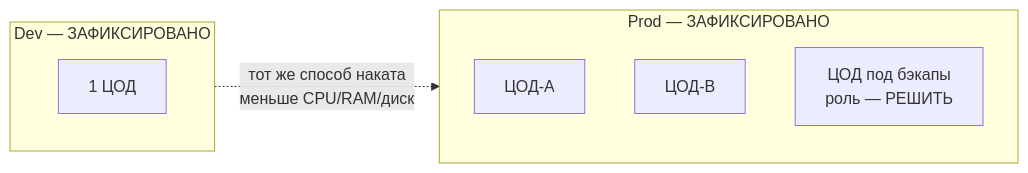
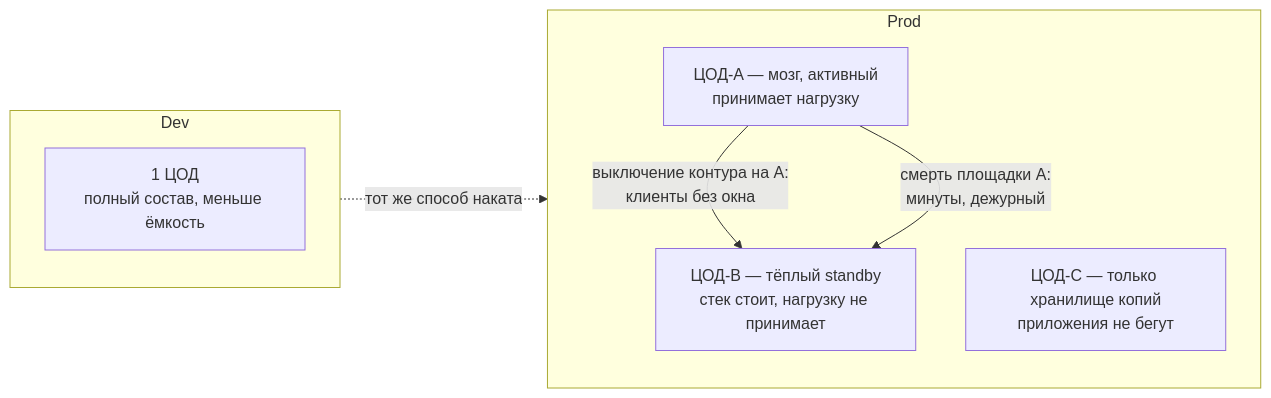
One commit to StrannikE95/WORK-platform_companents changed the diagram in Архитектура/1. Модель сред/модель-сред.md. Above: the diagram before and after it, drawn with Mermaid. The commit also changed other lines of this file and 2 other files, not shown here.

````diff
--- a/Архитектура/1. Модель сред/модель-сред.md
+++ b/Архитектура/1. Модель сред/модель-сред.md
@@ -11,12 +11,14 @@
 ```mermaid
 flowchart LR
-  subgraph DEV["Dev — ЗАФИКСИРОВАНО"]
-    D1["1 ЦОД"]
+  subgraph DEV["Dev"]
+    D1["1 ЦОД<br/>полный состав, меньше ёмкость"]
   end
-  subgraph PROD["Prod — ЗАФИКСИРОВАНО"]
-    P1["ЦОД-A"]
-    P2["ЦОД-B"]
-    PB["ЦОД под бэкапы<br/>роль — РЕШИТЬ"]
+  subgraph PROD["Prod"]
+    PA["ЦОД-A — мозг, активный<br/>принимает нагрузку"]
+    PB["ЦОД-B — тёплый standby<br/>стек стоит, нагрузку не принимает"]
+    PC["ЦОД-C — только хранилище копий<br/>приложения не бегут"]
   end
-  DEV -.->|"тот же способ наката<br/>меньше CPU/RAM/диск"| PROD
+  DEV -.->|"тот же способ наката"| PROD
+  PA -->|"выключение контура на A:<br/>клиенты без окна"| PB
+  PA -->|"смерть площадки A:<br/>минуты, дежурный"| PB
 ```
````
